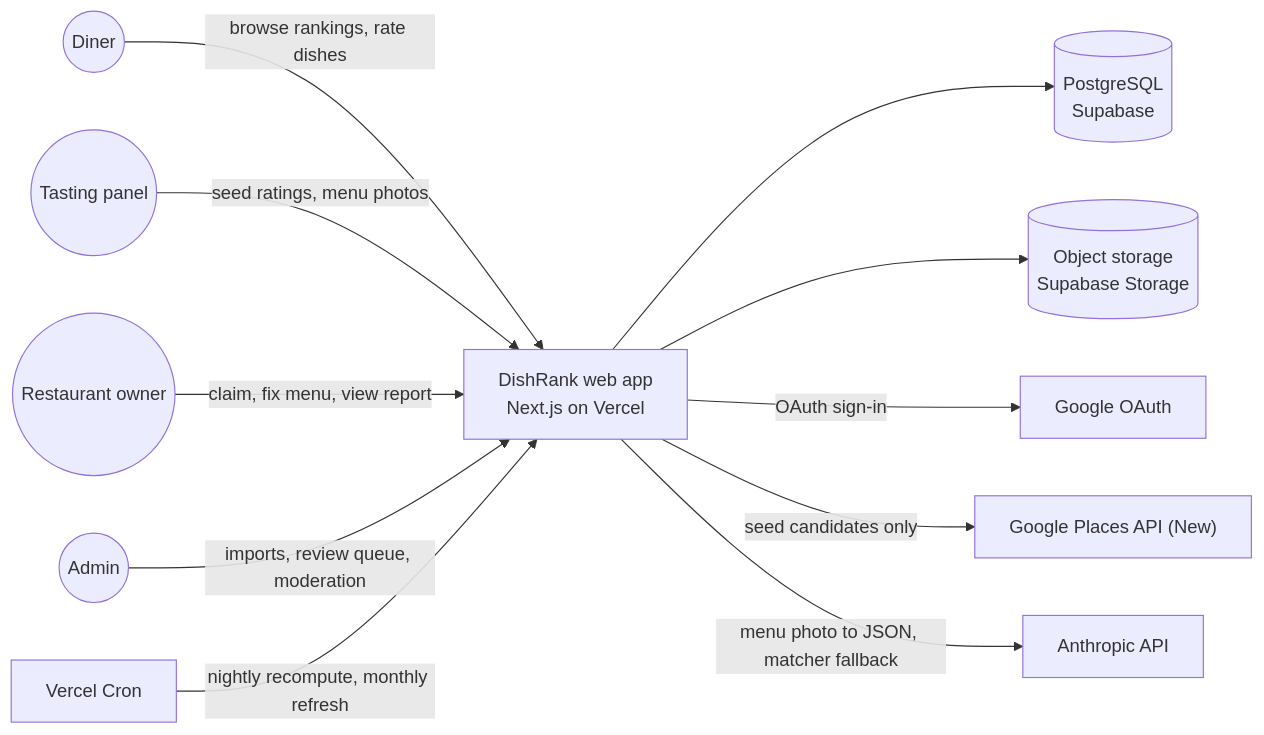
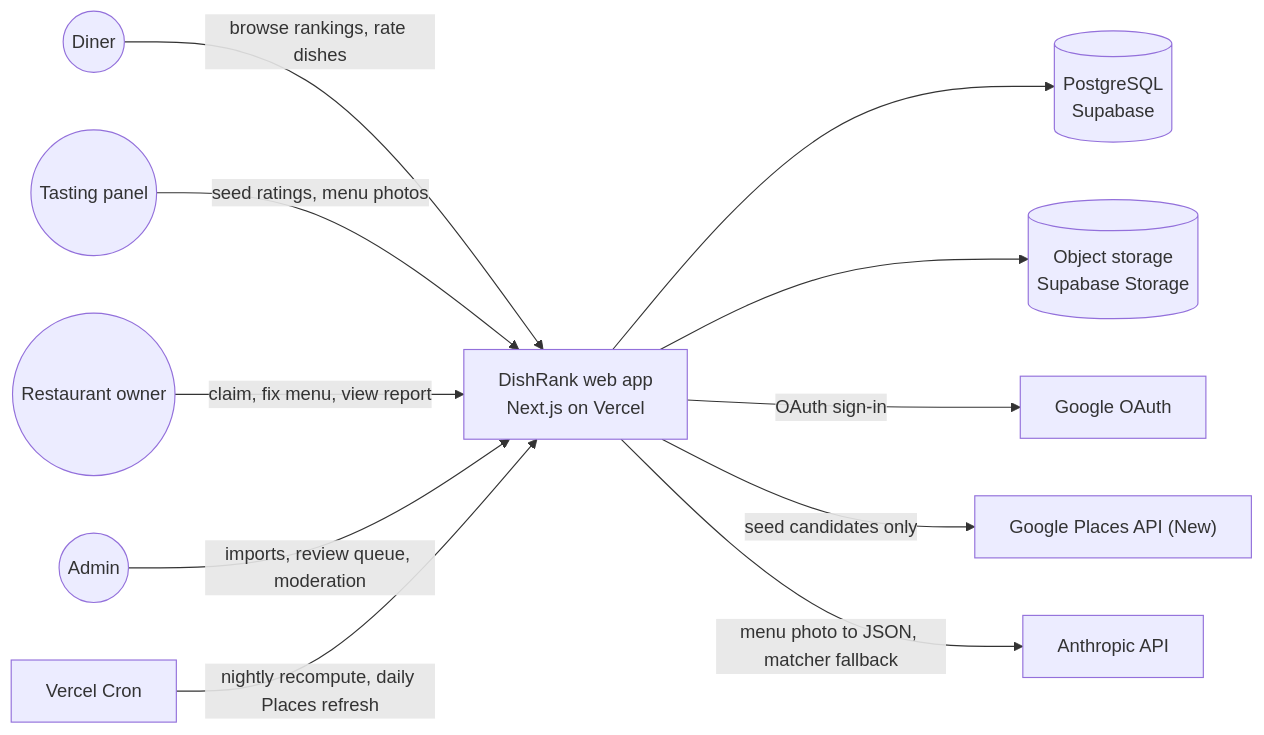
One commit to JawadSarfraz/dishrank changed the first of 8 diagrams in docs/02-ARCHITECTURE.md. Above: the diagram before and after it, drawn with Mermaid. The commit also changed other lines of this file and 12 other files, not shown here.

````diff
--- a/docs/02-ARCHITECTURE.md
+++ b/docs/02-ARCHITECTURE.md
@@ -15,13 +15,13 @@
 ```mermaid
 flowchart LR
   Diner((Diner)) -->|browse rankings, rate dishes| App["DishRank web app<br/>Next.js on Vercel"]
   Panel((Tasting panel)) -->|seed ratings, menu photos| App
   Owner((Restaurant owner)) -->|claim, fix menu, view report| App
   Admin((Admin)) -->|imports, review queue, moderation| App
   App --> DB[("PostgreSQL<br/>Supabase")]
   App --> Store[("Object storage<br/>Supabase Storage")]
   App -->|OAuth sign-in| GAuth["Google OAuth"]
   App -->|seed candidates only| Places["Google Places API (New)"]
   App -->|menu photo to JSON, matcher fallback| LLM["Anthropic API"]
-  Cron["Vercel Cron"] -->|nightly recompute, monthly refresh| App
+  Cron["Vercel Cron"] -->|nightly recompute, daily Places refresh| App
 ```
````
